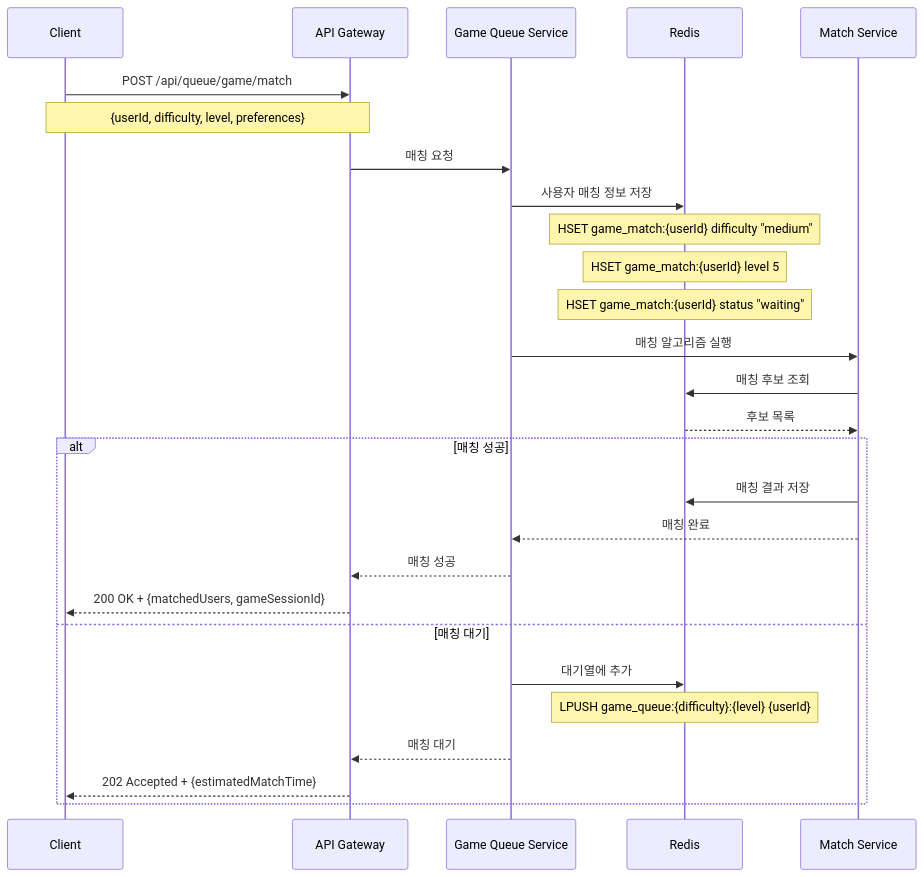
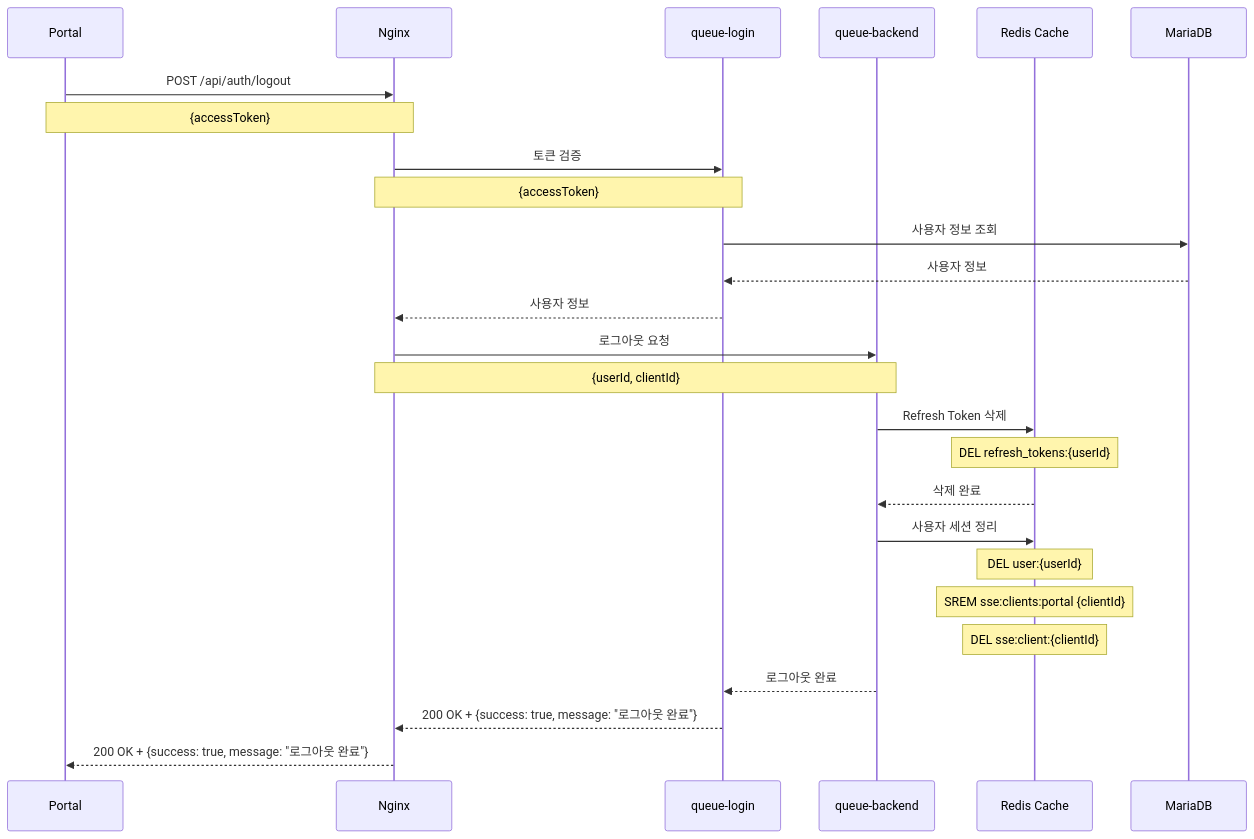
Before and after one commit to exodus-openstack/queue: the fifth of 5 diagrams in docs/Usecase.md, drawn with Mermaid. The commit also changed other lines of this file and 2 other files, not shown here.

Commit message:
Add system architecture documentation and update usecase documentation

````diff
--- a/docs/Usecase.md
+++ b/docs/Usecase.md
@@ -767,33 +396,33 @@
 ```mermaid
 sequenceDiagram
-    participant C as Client
-    participant API as API Gateway
-    participant GameQ as Game Queue Service
-    participant Redis as Redis
-    participant Match as Match Service
+    participant C as Portal
+    participant NGINX as Nginx
+    participant LOGIN as queue-login
+    participant BACKEND as queue-backend
+    participant REDIS as Redis Cache
+    participant DB as MariaDB
     
-    C->>API: POST /api/queue/game/match
-    Note over C,API: {userId, difficulty, level, preferences}
+    C->>NGINX: POST /api/auth/logout
+    Note over C,NGINX: {accessToken}
     
-    API->>GameQ: 매칭 요청
-    GameQ->>Redis: 사용자 매칭 정보 저장
-    Note over Redis: HSET game_match:{userId} difficulty "medium"
-    Note over Redis: HSET game_match:{userId} level 5
-    Note over Redis: HSET game_match:{userId} status "waiting"
+    NGINX->>LOGIN: 토큰 검증
+    Note over NGINX,LOGIN: {accessToken}
+    LOGIN->>DB: 사용자 정보 조회
+    DB-->>LOGIN: 사용자 정보
+    LOGIN-->>NGINX: 사용자 정보
     
-    GameQ->>Match: 매칭 알고리즘 실행
-    Match->>Redis: 매칭 후보 조회
-    Redis-->>Match: 후보 목록
+    NGINX->>BACKEND: 로그아웃 요청
+    Note over NGINX,BACKEND: {userId, clientId}
+    BACKEND->>REDIS: Refresh Token 삭제
+    Note over REDIS: DEL refresh_tokens:{userId}
+    REDIS-->>BACKEND: 삭제 완료
     
-    alt 매칭 성공
-        Match->>Redis: 매칭 결과 저장
-        Match-->>GameQ: 매칭 완료
-        GameQ-->>API: 매칭 성공
-        API-->>C: 200 OK + {matchedUsers, gameSessionId}
-    else 매칭 대기
-        GameQ->>Redis: 대기열에 추가
-        Note over Redis: LPUSH game_queue:{difficulty}:{level} {userId}
-        GameQ-->>API: 매칭 대기
-        API-->>C: 202 Accepted + {estimatedMatchTime}
-    end
+    BACKEND->>REDIS: 사용자 세션 정리
+    Note over REDIS: DEL user:{userId}
+    Note over REDIS: SREM sse:clients:portal {clientId}
+    Note over REDIS: DEL sse:client:{clientId}
+    
+    BACKEND-->>LOGIN: 로그아웃 완료
+    LOGIN-->>NGINX: 200 OK + {success: true, message: "로그아웃 완료"}
+    NGINX-->>C: 200 OK + {success: true, message: "로그아웃 완료"}
 ```
````
